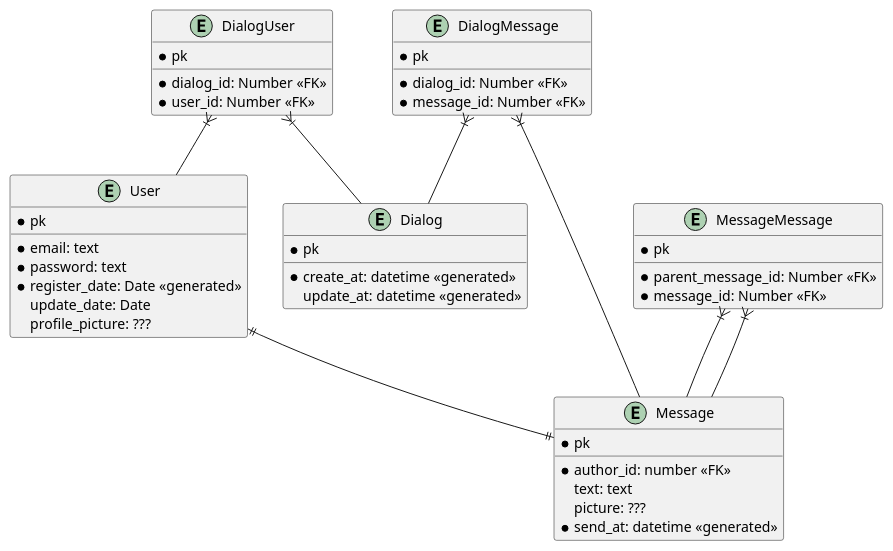
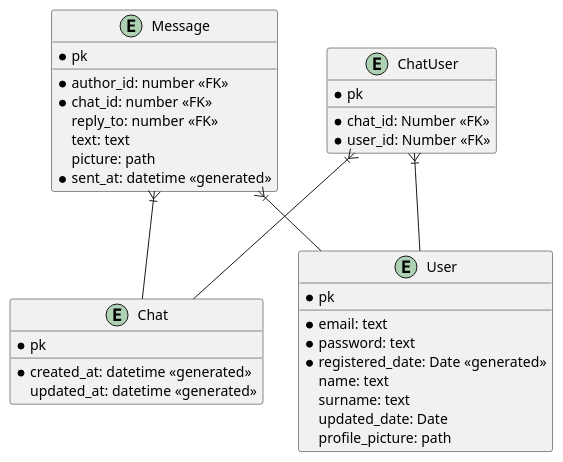
One commit to TimurGizatullinStckrs/messenger changed the diagram in docs/er_diagram/v0.1.0-er_init.puml. Above: the diagram before and after it, drawn with PlantUML.

Commit message:
update er diagram

```diff
--- a/docs/er_diagram/v0.1.0-er_init.puml
+++ b/docs/er_diagram/v0.1.0-er_init.puml
@@ -1,59 +1,46 @@
 @startuml
-entity Dialog {
+entity Chat {
 * pk
 __
-*create_at: datetime <<generated>>
-update_at: datetime <<generated>>
+*created_at: datetime <<generated>>
+updated_at: datetime <<generated>>
 }
 
 entity Message {
 * pk
 __
 *author_id: number <<FK>>
+*chat_id: number <<FK>>
+reply_to: number <<FK>>
 text: text
-picture: ???
-*send_at: datetime <<generated>>
+picture: path
+*sent_at: datetime <<generated>>
 }
 
 entity User {
 * pk
 __
 *email: text
 *password: text
-*register_date: Date <<generated>>
-update_date: Date
-profile_picture: ???
+*registered_date: Date <<generated>>
+name: text
+surname: text
+updated_date: Date
+profile_picture: path
 }
 
-entity DialogUser {
+entity ChatUser {
 * pk
 __
-* dialog_id: Number <<FK>>
+* chat_id: Number <<FK>>
 * user_id: Number <<FK>>
 }
 
-entity DialogMessage {
-* pk
-__
-* dialog_id: Number <<FK>>
-* message_id: Number <<FK>>
-}
 
-entity MessageMessage {
-* pk
-__
-* parent_message_id: Number <<FK>>
-* message_id: Number <<FK>>
-}
+ChatUser }|-- User
+ChatUser }|-- Chat
 
-DialogUser }|-- User
-DialogUser }|-- Dialog
 
-DialogMessage }|-- Message
-DialogMessage }|-- Dialog
-
-MessageMessage }|-- Message
-MessageMessage }|-- Message
-
-User ||--|| Message
+Message }|-- User
+Message }|-- Chat
 @enduml
```
